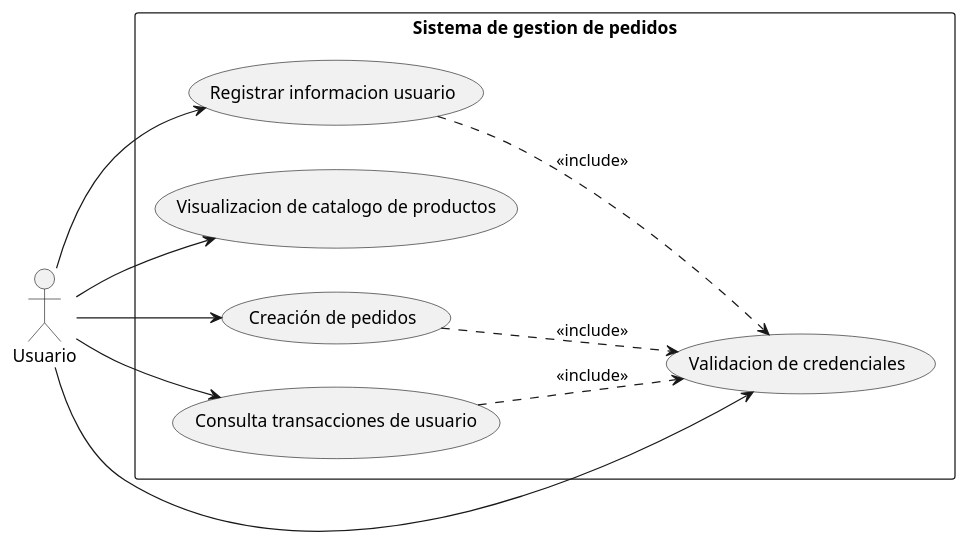
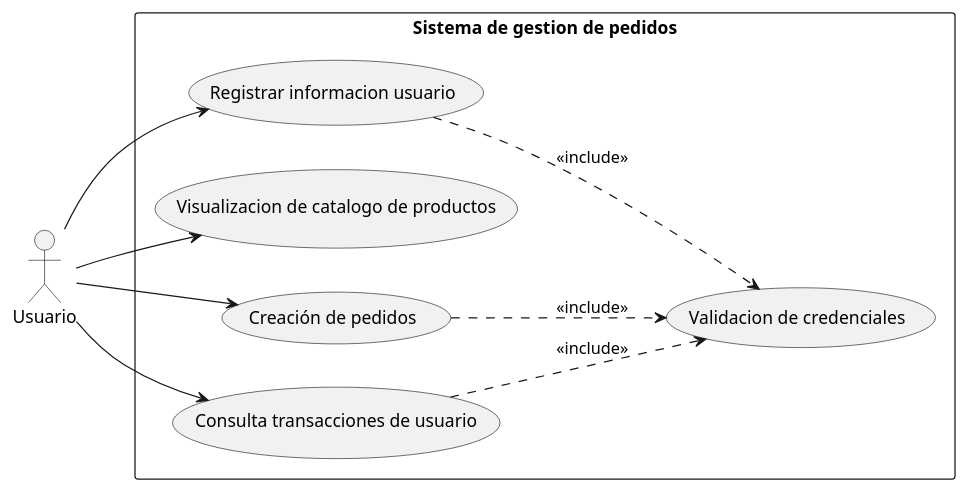
The diagram in src/uml/DCUGestionPedidosAguilarCastellanos.puml (Luis-Aguilar-0/PreExamen2AMS), drawn with PlantUML before and after one commit. The commit also changed 2 other files, not shown here.

Commit message:
fix(diagramas uml): Corrección en diagramas UML

```diff
--- a/src/uml/DCUGestionPedidosAguilarCastellanos.puml
+++ b/src/uml/DCUGestionPedidosAguilarCastellanos.puml
@@ -1,27 +1,26 @@
 @startuml
 left to right direction
 
-actor "Usuario" as User
+actor "Usuario" as user
 
 rectangle "Sistema de gestion de pedidos" {
     usecase "Registrar informacion usuario" as UC1
     usecase "Validacion de credenciales" as UC2
     usecase "Visualizacion de catalogo de productos" as UC3
     usecase "Creación de pedidos" as UC4
     usecase "Consulta transacciones de usuario" as UC5
     
 }
 
 'REALACION DEL USUARIO CON EL SITEMA'
 
-User --> UC1
-User --> UC2
-User --> UC3
-User --> UC4
-User --> UC5
+user --> UC1
+user --> UC3
+user --> UC4
+user --> UC5
 
 UC1 ..> UC2 : <<include>>
 UC4 ..> UC2 : <<include>>
 UC5 ..> UC2 : <<include>>
 
 @enduml
```
